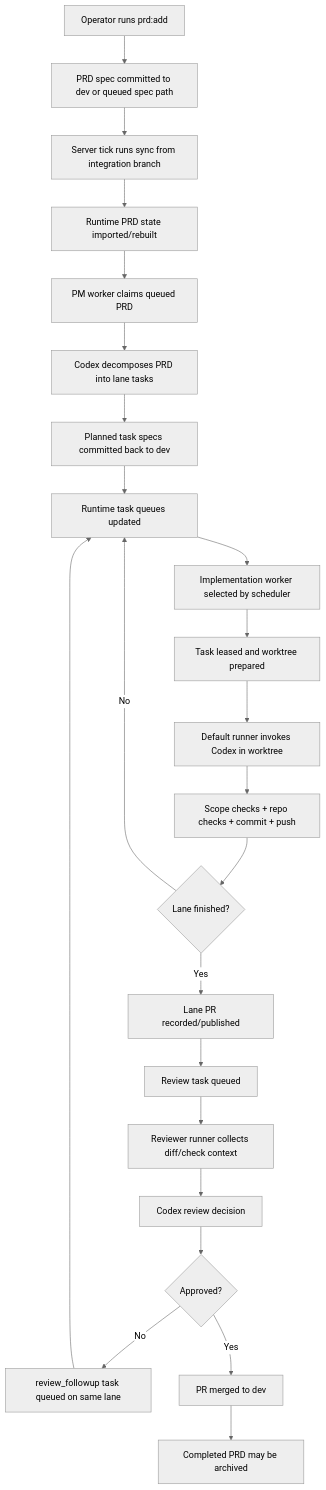
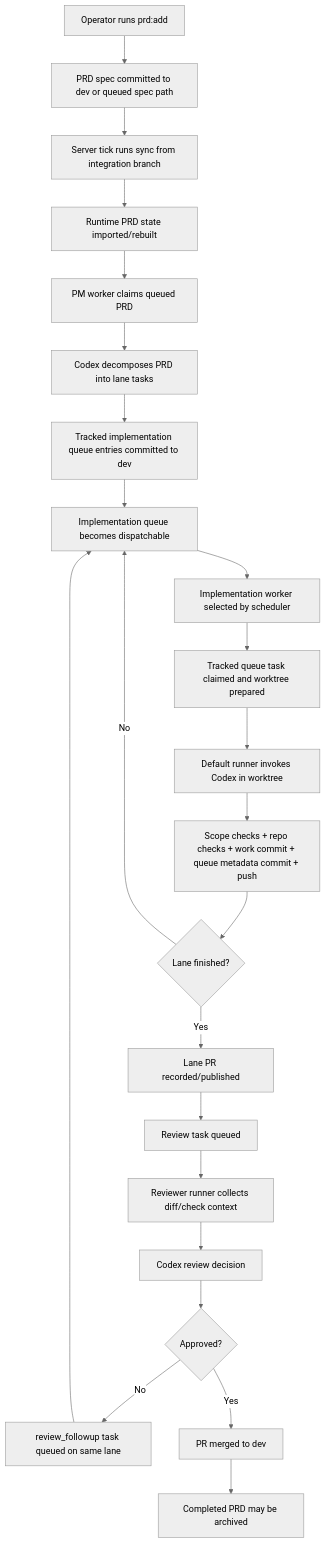
One commit to asalaza6/autonomy-v2 changed the diagram in docs/orchestrator-flow.md. Above: the diagram before and after it, drawn with Mermaid (neutral theme). The commit also changed other lines of this file and 16 other files, not shown here.

Commit message:
Git-backed Implementation Queues

````diff
--- a/docs/orchestrator-flow.md
+++ b/docs/orchestrator-flow.md
@@ -100,25 +103,25 @@
 ```mermaid
 flowchart TD
   A["Operator runs prd:add"] --> B["PRD spec committed to dev or queued spec path"]
   B --> C["Server tick runs sync from integration branch"]
   C --> D["Runtime PRD state imported/rebuilt"]
   D --> E["PM worker claims queued PRD"]
   E --> F["Codex decomposes PRD into lane tasks"]
-  F --> G["Planned task specs committed back to dev"]
-  G --> H["Runtime task queues updated"]
+  F --> G["Tracked implementation queue entries committed to dev"]
+  G --> H["Implementation queue becomes dispatchable"]
   H --> I["Implementation worker selected by scheduler"]
-  I --> J["Task leased and worktree prepared"]
+  I --> J["Tracked queue task claimed and worktree prepared"]
   J --> K["Default runner invokes Codex in worktree"]
-  K --> L["Scope checks + repo checks + commit + push"]
+  K --> L["Scope checks + repo checks + work commit + queue metadata commit + push"]
   L --> M{"Lane finished?"}
   M -- "No" --> H
   M -- "Yes" --> N["Lane PR recorded/published"]
   N --> O["Review task queued"]
   O --> P["Reviewer runner collects diff/check context"]
   P --> Q["Codex review decision"]
   Q --> R{"Approved?"}
   R -- "No" --> S["review_followup task queued on same lane"]
   S --> H
   R -- "Yes" --> T["PR merged to dev"]
   T --> U["Completed PRD may be archived"]
 ```
````
